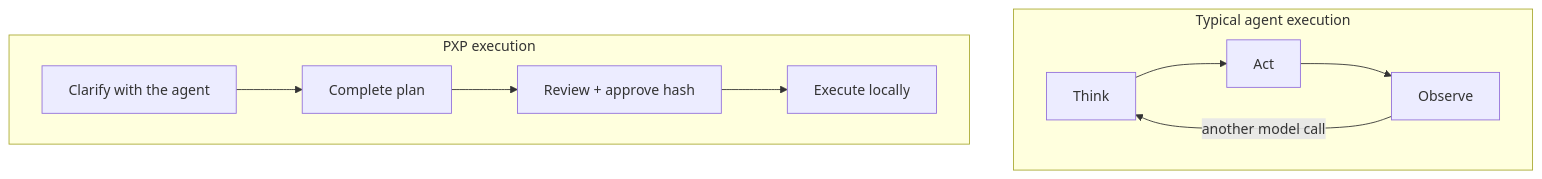
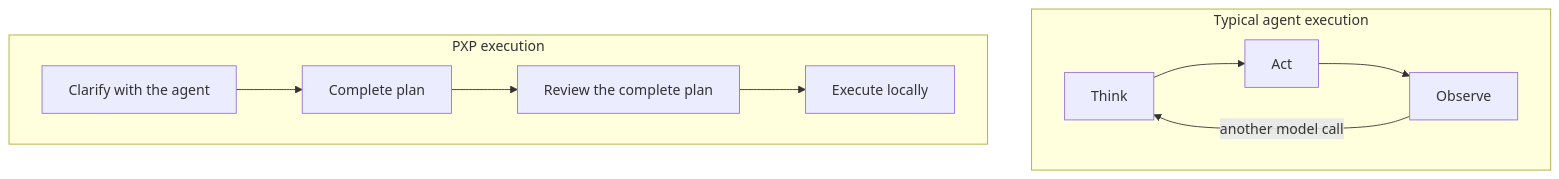
One commit to otar/pxp changed the diagram in README.md. Above: the diagram before and after it, drawn with Mermaid. The commit also changed other lines of this file and 6 other files, not shown here.

````diff
--- a/README.md
+++ b/README.md
@@ -21,13 +21,13 @@
 ```mermaid
 flowchart TB
     subgraph agent["Typical agent execution"]
         direction LR
         AT["Think"] --> AA["Act"] --> AO["Observe"]
         AO -->|"another model call"| AT
     end
 
     subgraph pxp["PXP execution"]
         direction LR
-        PC["Clarify with the agent"] --> PP["Complete plan"] --> PR["Review + approve hash"] --> PE["Execute locally"]
+        PC["Clarify with the agent"] --> PP["Complete plan"] --> PR["Review the complete plan"] --> PE["Execute locally"]
     end
 ```
````
